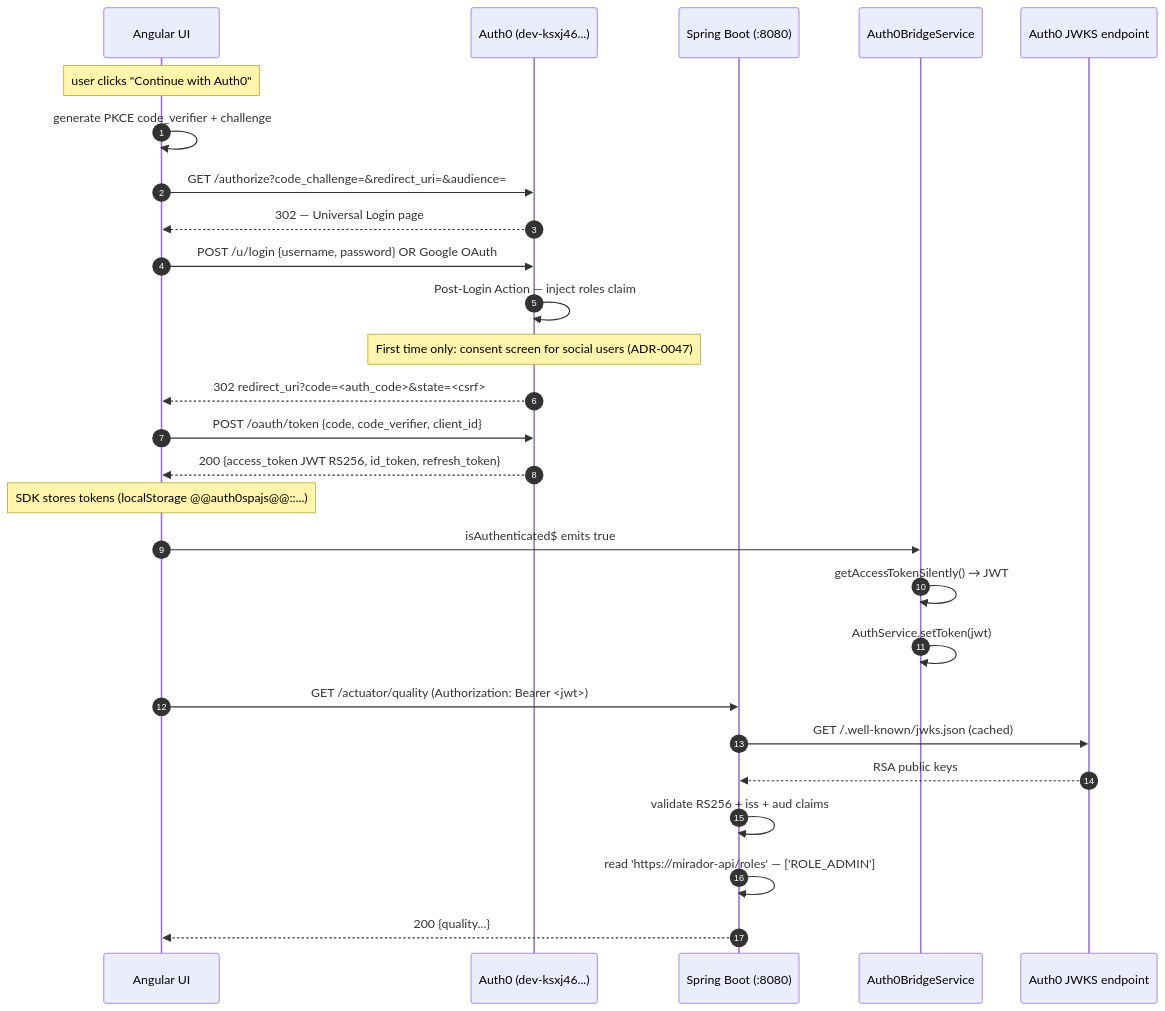
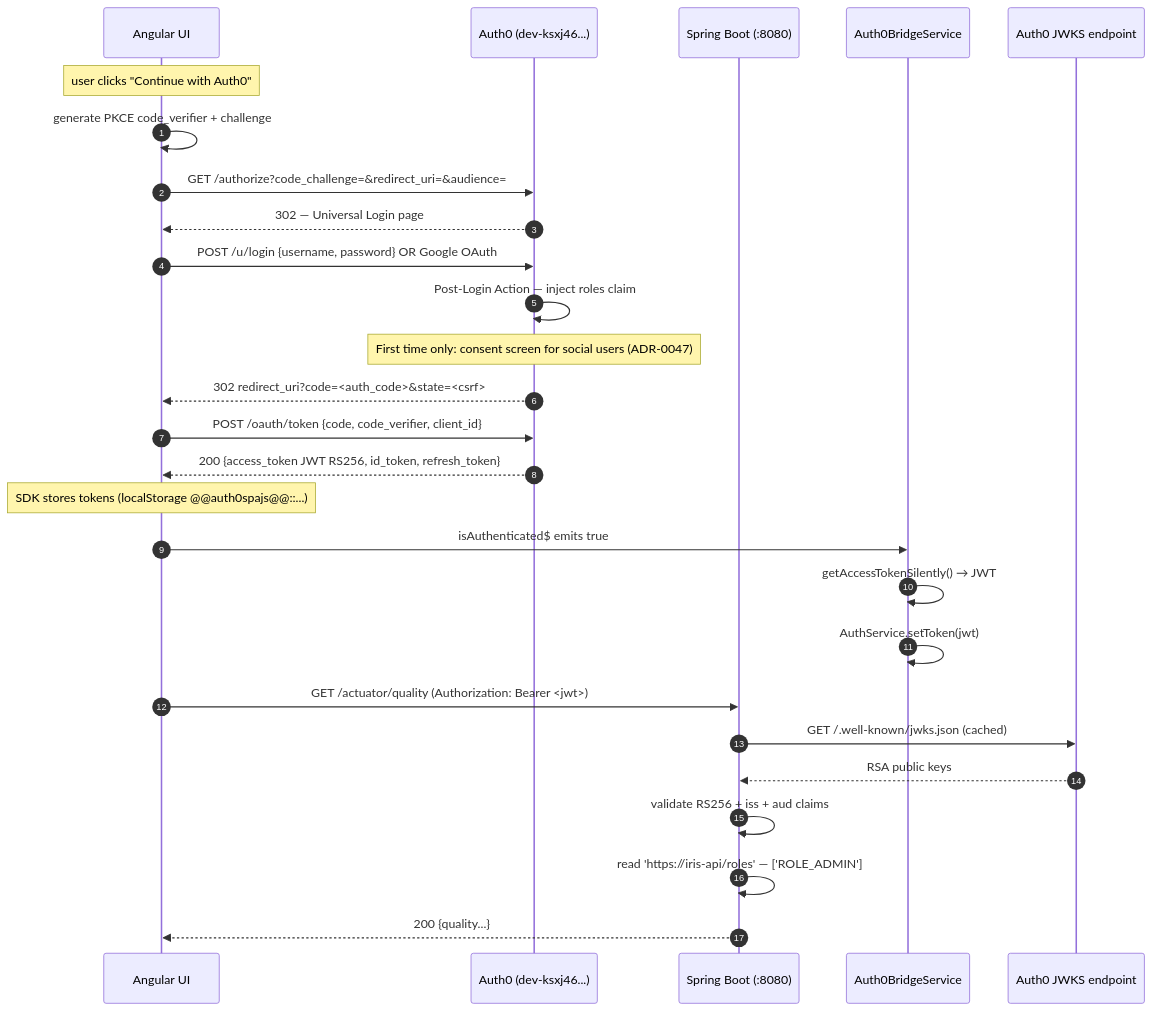
Before and after one commit to iris7-app/iris-service-java: the second of 2 diagrams in docs/architecture/security.md, drawn with Mermaid. The commit also changed other lines of this file and 873 other files, not shown here.

First line of the commit message:
feat(iris): rename com.mirador.* to org.iris.* (Phase 4 Java)

````diff
--- a/docs/architecture/security.md
+++ b/docs/architecture/security.md
@@ -72,30 +72,30 @@
 ```mermaid
 sequenceDiagram
     autonumber
     participant Browser as Angular UI
     participant Auth0 as Auth0 (dev-ksxj46...)
     participant API as Spring Boot (:8080)
     participant Bridge as Auth0BridgeService
     participant JWKS as Auth0 JWKS endpoint
 
     Note over Browser: user clicks "Continue with Auth0"
     Browser->>Browser: generate PKCE code_verifier + challenge
     Browser->>Auth0: GET /authorize?code_challenge=&redirect_uri=&audience=
     Auth0-->>Browser: 302 — Universal Login page
     Browser->>Auth0: POST /u/login {username, password} OR Google OAuth
     Auth0->>Auth0: Post-Login Action — inject roles claim
     Note over Auth0: First time only: consent screen for social users (ADR-0047)
     Auth0-->>Browser: 302 redirect_uri?code=<auth_code>&state=<csrf>
     Browser->>Auth0: POST /oauth/token {code, code_verifier, client_id}
     Auth0-->>Browser: 200 {access_token JWT RS256, id_token, refresh_token}
     Note over Browser: SDK stores tokens (localStorage @@auth0spajs@@::...)
     Browser->>Bridge: isAuthenticated$ emits true
     Bridge->>Bridge: getAccessTokenSilently() → JWT
     Bridge->>Bridge: AuthService.setToken(jwt)
     Browser->>API: GET /actuator/quality (Authorization: Bearer <jwt>)
     API->>JWKS: GET /.well-known/jwks.json (cached)
     JWKS-->>API: RSA public keys
     API->>API: validate RS256 + iss + aud claims
-    API->>API: read 'https://mirador-api/roles' — ['ROLE_ADMIN']
+    API->>API: read 'https://iris-api/roles' — ['ROLE_ADMIN']
     API-->>Browser: 200 {quality...}
 ```
````
